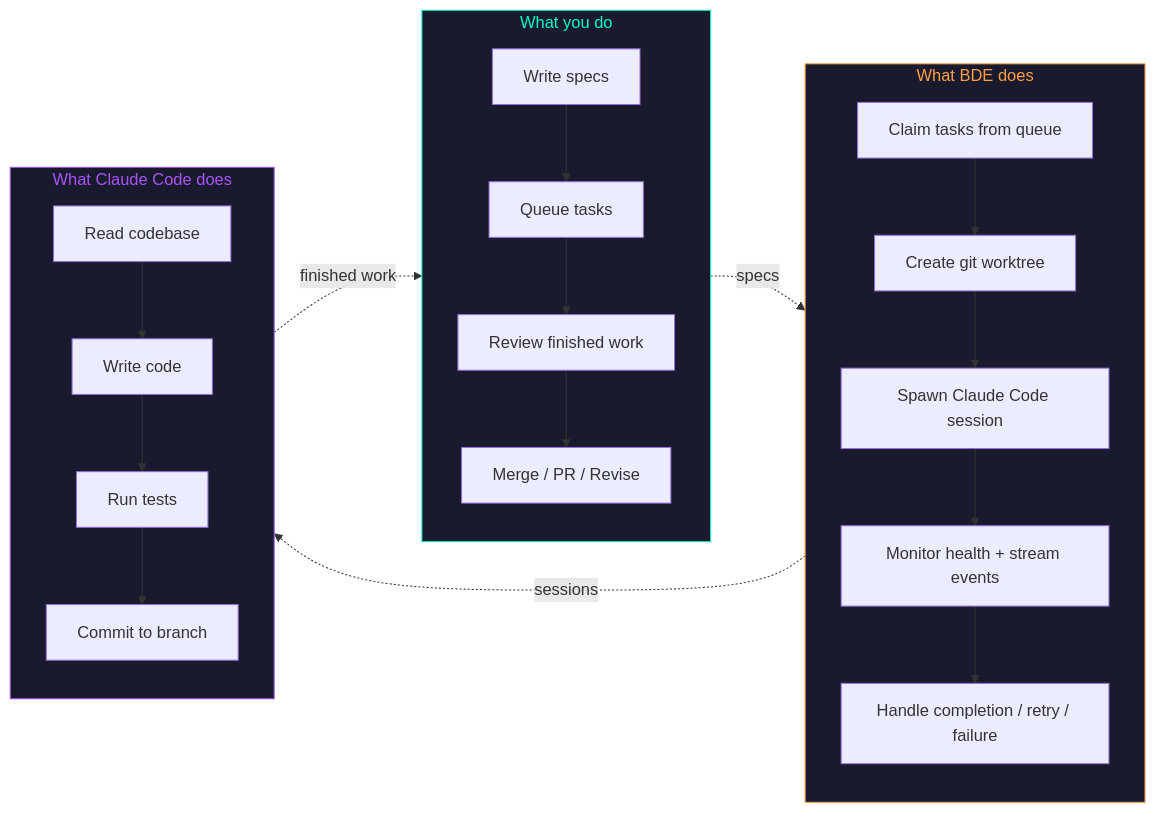
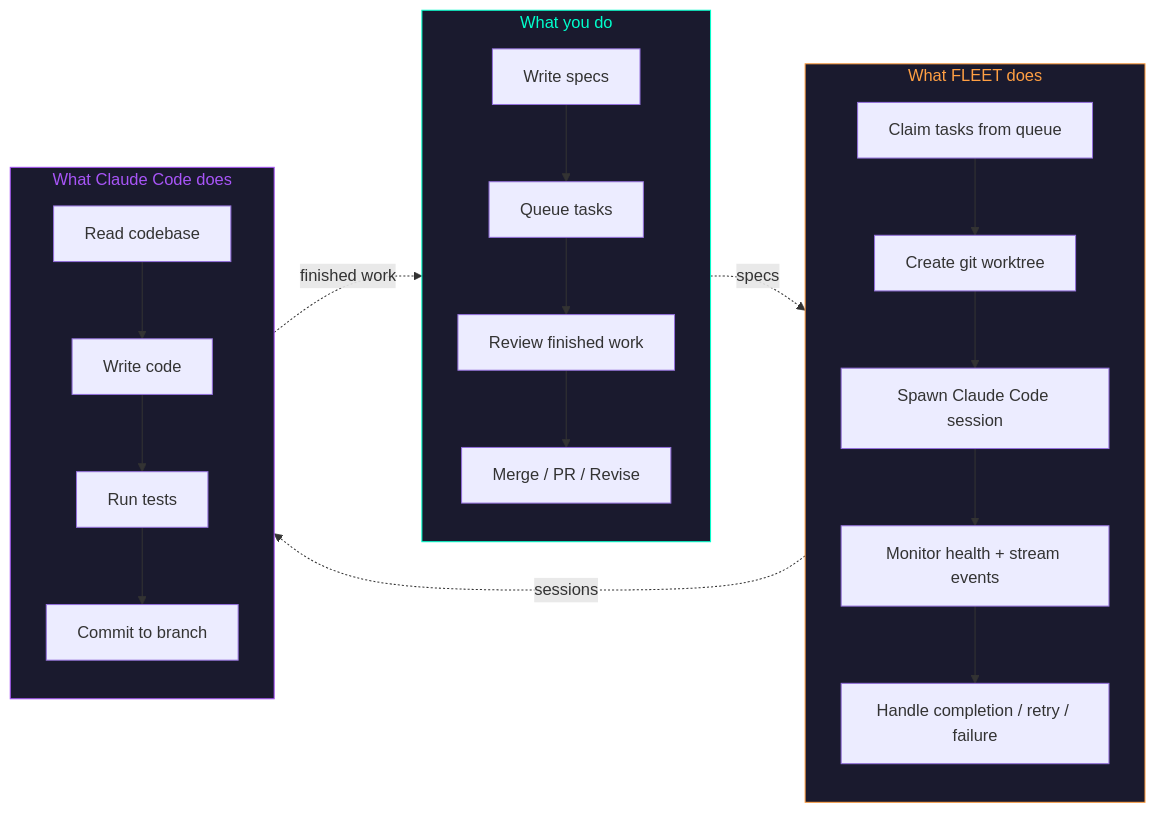
One commit to RyanJBirkeland/BDE changed the fourth of 4 diagrams in README.md. Above: the diagram before and after it, drawn with Mermaid. The commit also changed other lines of this file and 831 other files, not shown here.

Commit message:
chore: automated BDE→FLEET rename sweep

````diff
--- a/README.md
+++ b/README.md
@@ -394,29 +394,29 @@
 ```mermaid
 graph LR
     subgraph You["What you do"]
         Y1["Write specs"] --> Y2["Queue tasks"]
         Y2 --> Y3["Review finished work"]
         Y3 --> Y4["Merge / PR / Revise"]
     end
 
-    subgraph BDE["What BDE does"]
+    subgraph FLEET["What FLEET does"]
         B1["Claim tasks from queue"] --> B2["Create git worktree"]
         B2 --> B3["Spawn Claude Code session"]
         B3 --> B4["Monitor health + stream events"]
         B4 --> B5["Handle completion / retry / failure"]
     end
 
     subgraph CC["What Claude Code does"]
         C1["Read codebase"] --> C2["Write code"]
         C2 --> C3["Run tests"]
         C3 --> C4["Commit to branch"]
     end
 
-    You -.->|specs| BDE
-    BDE -.->|sessions| CC
+    You -.->|specs| FLEET
+    FLEET -.->|sessions| CC
     CC -.->|finished work| You
 
     style You fill:#1a1a2e,stroke:#00ffcc,color:#00ffcc
-    style BDE fill:#1a1a2e,stroke:#ff9f43,color:#ff9f43
+    style FLEET fill:#1a1a2e,stroke:#ff9f43,color:#ff9f43
     style CC fill:#1a1a2e,stroke:#a855f7,color:#a855f7
 ```
````
